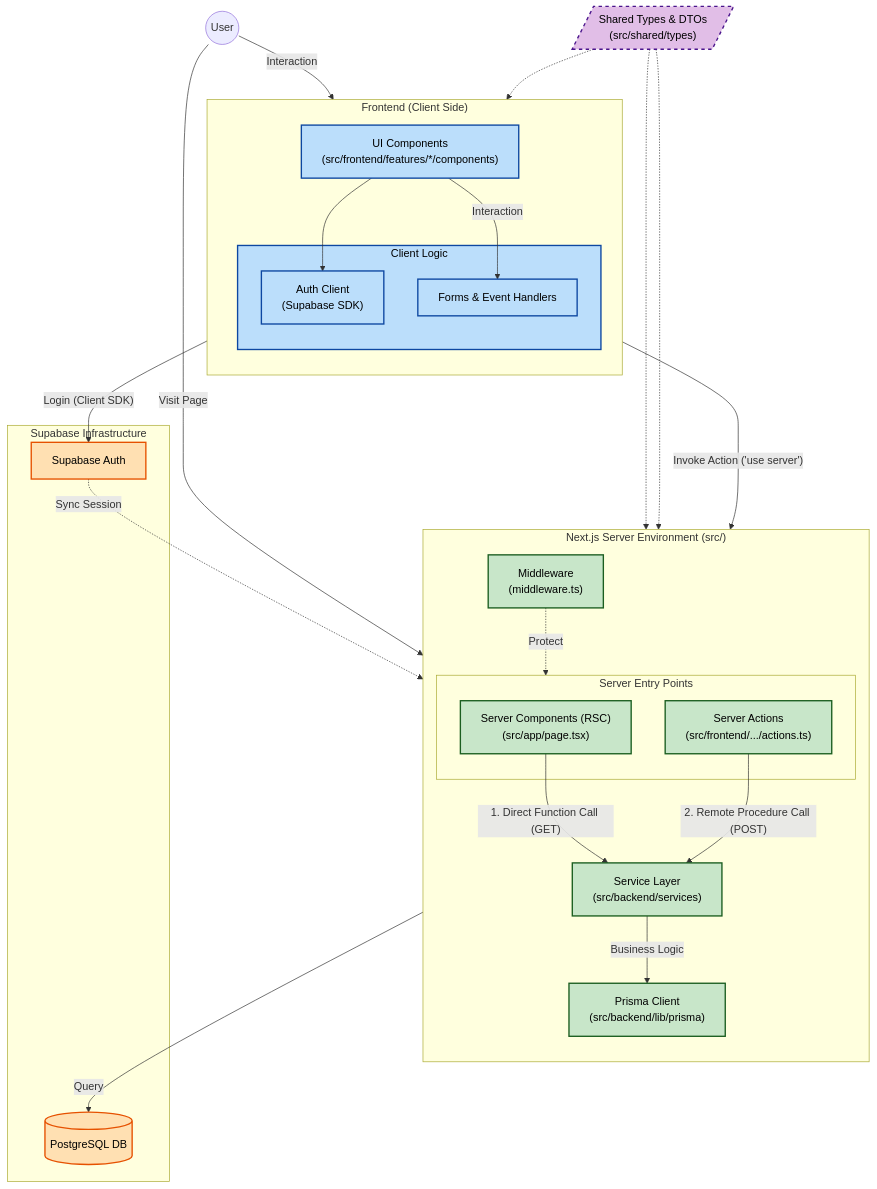
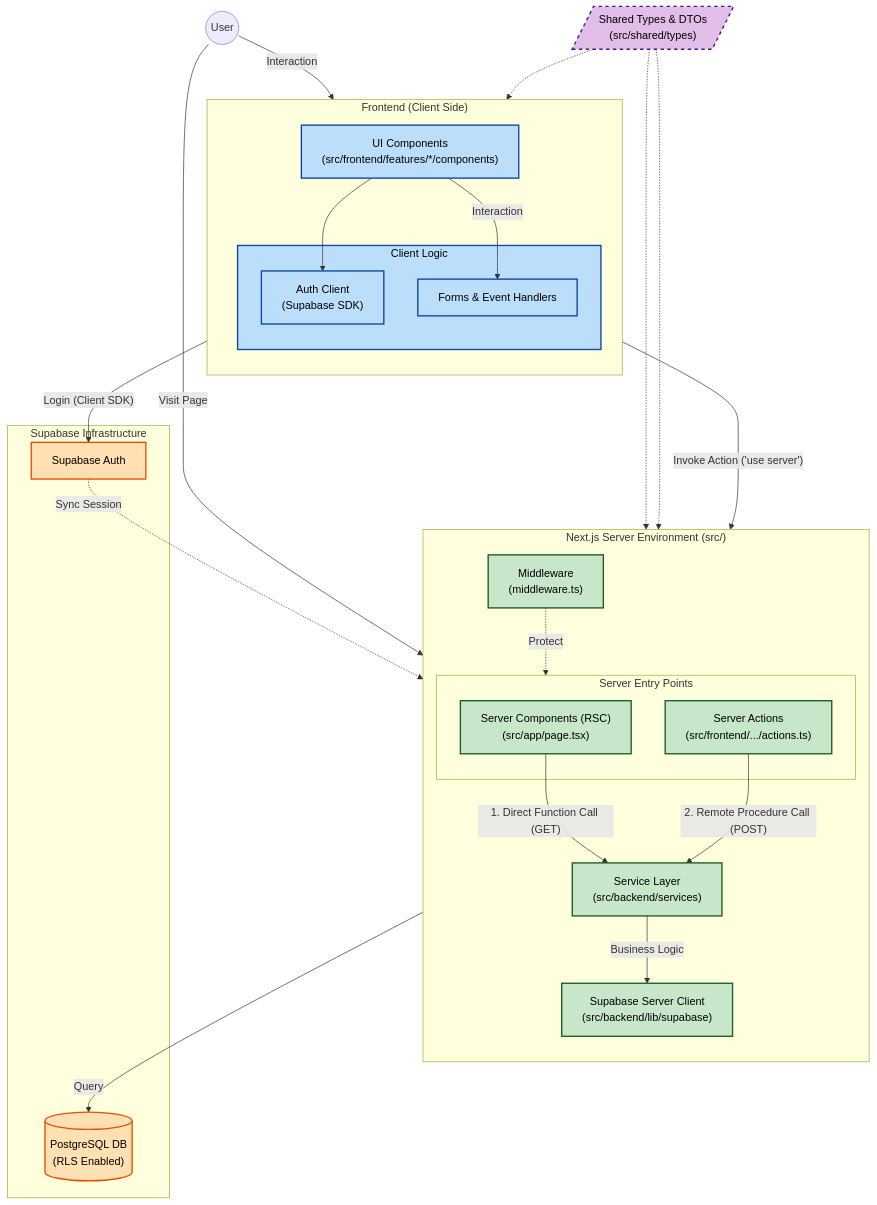
Before and after one commit to nguyen-1610/flowva: the diagram in ARCHITECTURE.md, drawn with Mermaid. The commit also changed other lines of this file and 44 other files, not shown here.

````diff
--- a/ARCHITECTURE.md
+++ b/ARCHITECTURE.md
@@ -8,79 +9,72 @@
 ```mermaid
 graph TD
     User((User))
 
     %% --- FRONTEND CONTEXT ---
     subgraph FE ["Frontend (Client Side)"]
         direction TB
         UI["UI Components<br/>(src/frontend/features/*/components)"]
 
-        %% Client Logic bây giờ đơn giản hơn, chủ yếu là Form & Event
         subgraph ClientLogic ["Client Logic"]
             AuthHook["Auth Client<br/>(Supabase SDK)"]
             FormHandler["Forms & Event Handlers"]
         end
 
-        %% Frontend Internal Flow
         UI -->|"Interaction"| FormHandler
         UI --> AuthHook
     end
 
     %% --- SHARED CONTRACT ---
     Contract[/"Shared Types & DTOs<br/>(src/shared/types)"/]
 
-    %% --- BACKEND / SERVER CONTEXT (THE BIG CHANGE) ---
+    %% --- BACKEND / SERVER CONTEXT ---
     subgraph Server ["Next.js Server Environment (src/)"]
         direction TB
 
         Middleware["Middleware<br/>(middleware.ts)"]
 
-        %% Hai điểm tiếp nhận request chính của Next.js 16
         subgraph EntryPoints ["Server Entry Points"]
             RSC["Server Components (RSC)<br/>(src/app/page.tsx)"]
             S_Action["Server Actions<br/>(src/frontend/.../actions.ts)"]
         end
 
         Service["Service Layer<br/>(src/backend/services)"]
-        Repo["Prisma Client<br/>(src/backend/lib/prisma)"]
+        Repo["Supabase Server Client<br/>(src/backend/lib/supabase)"]
 
-        %% Server Internal Flow
         Middleware -.->|"Protect"| EntryPoints
         RSC -->|"1. Direct Function Call (GET)"| Service
         S_Action -->|"2. Remote Procedure Call (POST)"| Service
         Service -->|"Business Logic"| Repo
     end
 
     %% --- INFRASTRUCTURE ---
     subgraph Infra ["Supabase Infrastructure"]
         SB_Auth["Supabase Auth"]
-        SB_DB[("PostgreSQL DB")]
+        SB_DB[("PostgreSQL DB<br/>(RLS Enabled)")]
     end
 
     %% --- EXTERNAL CONNECTIONS ---
     User -->|"Visit Page"| RSC
     User -->|"Interaction"| UI
 
-    %% 1. AUTH FLOW (Hybrid)
     AuthHook -->|"Login (Client SDK)"| SB_Auth
     SB_Auth -.->|"Sync Session"| Middleware
 
-    %% 2. DATA FLOW
     FormHandler -->|"Invoke Action ('use server')"| S_Action
     Repo -->|"Query"| SB_DB
 
-    %% TYPE SAFETY LINKS
     Contract -.-> S_Action
     Contract -.-> Service
     Contract -.-> UI
 
     %% STYLING
     classDef fe fill:#BBDEFB,stroke:#0D47A1,stroke-width:2px,color:#000000;
     classDef server fill:#C8E6C9,stroke:#1B5E20,stroke-width:2px,color:#000000;
     classDef infra fill:#FFE0B2,stroke:#E65100,stroke-width:2px,color:#000000;
     classDef shared fill:#E1BEE7,stroke:#4A148C,stroke-width:2px,stroke-dasharray: 5 5,color:#000000;
 
     class UI,ClientLogic,AuthHook,FormHandler fe;
     class Middleware,RSC,S_Action,Service,Repo server;
     class SB_Auth,SB_DB infra;
     class Contract shared;
 ```
````
